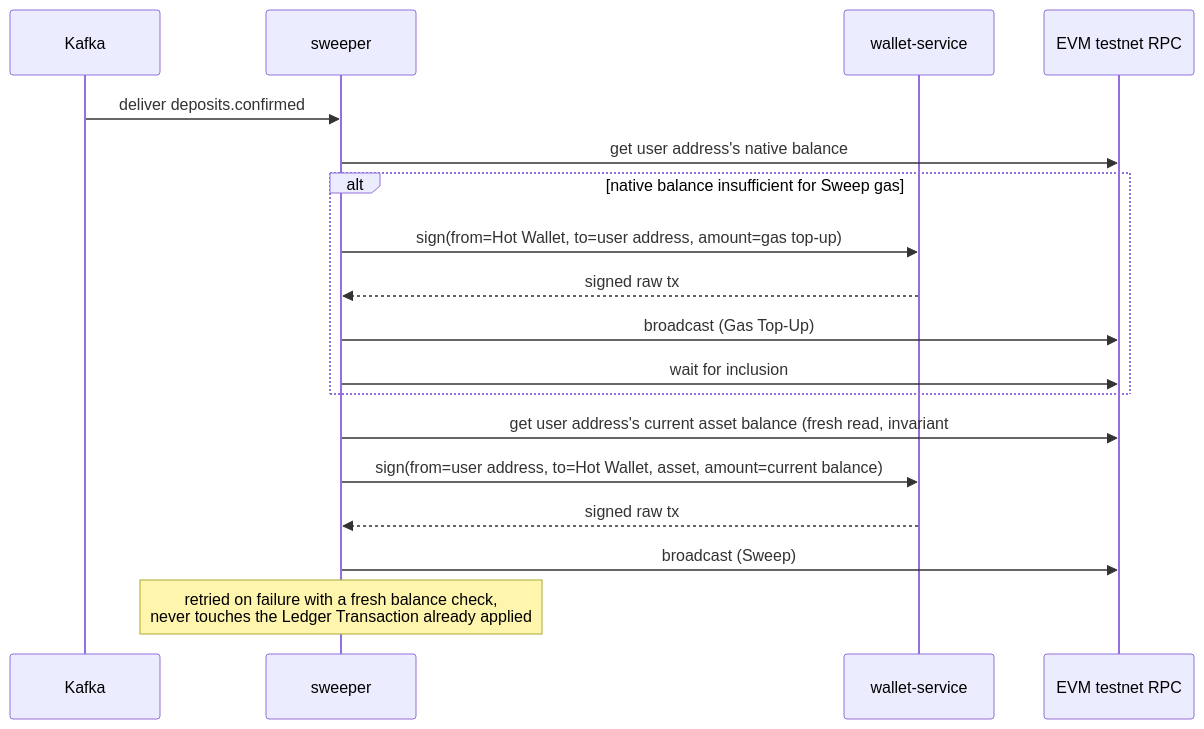
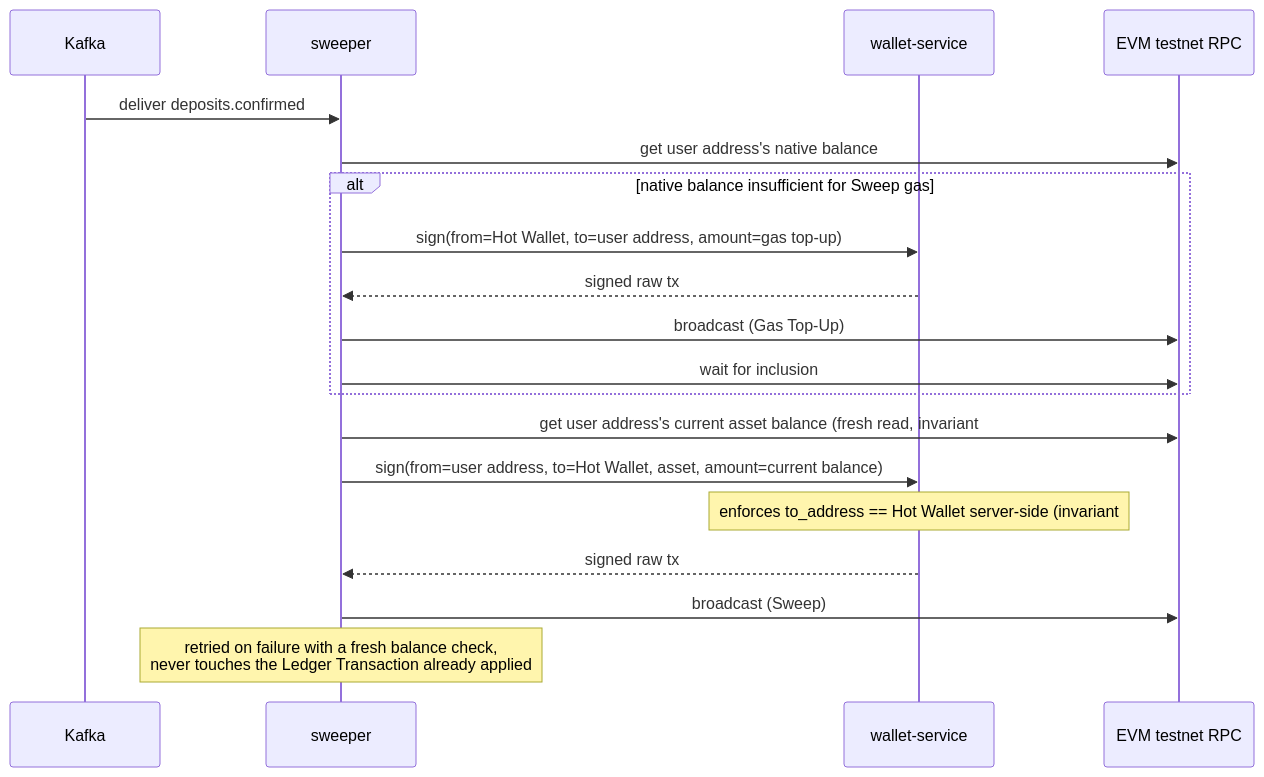
Before and after one commit to VuKhuongDuy/DigiWal: the second of 2 diagrams in docs/design/deposit-flow.md, drawn with Mermaid. The commit also changed other lines of this file and 4 other files, not shown here.

````diff
--- a/docs/design/deposit-flow.md
+++ b/docs/design/deposit-flow.md
@@ -197,21 +215,22 @@
 ```mermaid
 sequenceDiagram
     participant Kafka
     participant Sweeper as sweeper
     participant Wallet as wallet-service
     participant RPC as EVM testnet RPC
 
     Kafka->>Sweeper: deliver deposits.confirmed
     Sweeper->>RPC: get user address's native balance
     alt native balance insufficient for Sweep gas
         Sweeper->>Wallet: sign(from=Hot Wallet, to=user address, amount=gas top-up)
         Wallet-->>Sweeper: signed raw tx
         Sweeper->>RPC: broadcast (Gas Top-Up)
         Sweeper->>RPC: wait for inclusion
     end
-    Sweeper->>RPC: get user address's current asset balance (fresh read, invariant #9)
+    Sweeper->>RPC: get user address's current asset balance (fresh read, invariant #10)
     Sweeper->>Wallet: sign(from=user address, to=Hot Wallet, asset, amount=current balance)
+    Note over Wallet: enforces to_address == Hot Wallet server-side (invariant #7)
     Wallet-->>Sweeper: signed raw tx
     Sweeper->>RPC: broadcast (Sweep)
     Note over Sweeper: retried on failure with a fresh balance check,<br/>never touches the Ledger Transaction already applied
 ```
````
